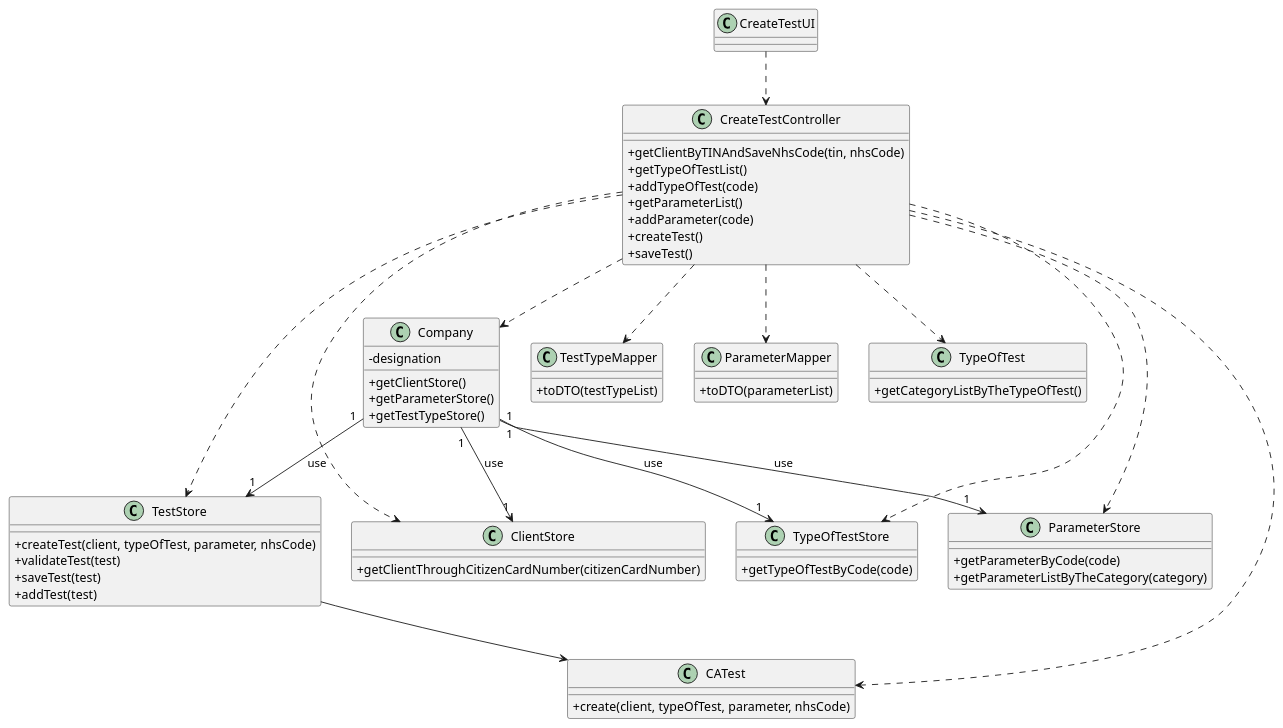
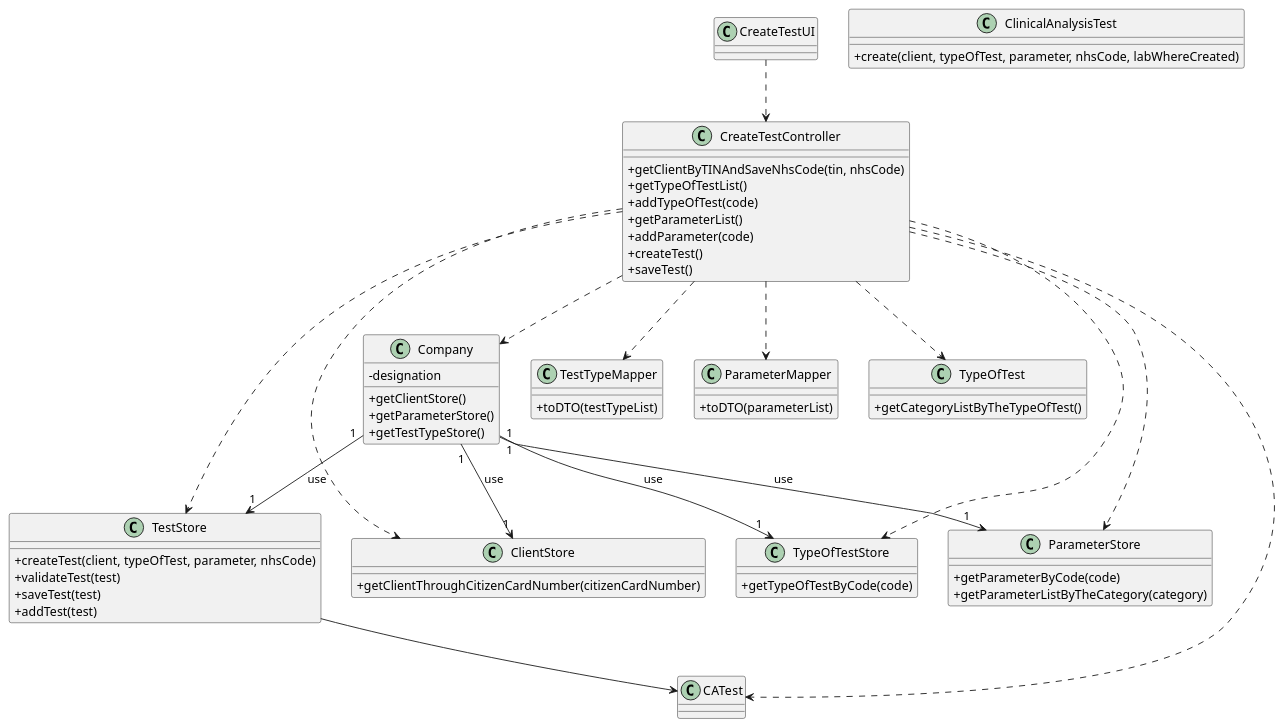
Before and after one commit to GuilhermeCunha79/lapr2: the diagram in docs/SprintD/US4/UC4_CD.puml, drawn with PlantUML. The commit also changed 10 other files, not shown here.

Commit message:
[US4] Update diagrams in US1 and update .md and diagrams in US4

```diff
--- a/docs/SprintD/US4/UC4_CD.puml
+++ b/docs/SprintD/US4/UC4_CD.puml
@@ -1,93 +1,93 @@
 @startuml
 skinparam classAttributeIconSize 0
 
 
 class CreateTestUI {
 }
 
 
 class ClientStore {
 + getClientThroughCitizenCardNumber(citizenCardNumber)
 }
 
 
 class Company {
 - designation
 + getClientStore()
 + getParameterStore()
 + getTestTypeStore()
 }
 
 
 
 class CreateTestController {
   + getClientByTINAndSaveNhsCode(tin, nhsCode)
   + getTypeOfTestList()
   + addTypeOfTest(code)
   + getParameterList()
   + addParameter(code)
   + createTest()
   + saveTest()
 
 }
 
 
 class TestStore {
     + createTest(client, typeOfTest, parameter, nhsCode)
     + validateTest(test)
     + saveTest(test)
     + addTest(test)
 }
 
 class TestTypeMapper {
     +toDTO(testTypeList)
 }
 
 class ParameterMapper {
   +toDTO(parameterList)
 }
 
 
 class TypeOfTest {
   + getCategoryListByTheTypeOfTest()
 }
 
 class TypeOfTestStore {
   + getTypeOfTestByCode(code)
 }
 
 
 class ParameterStore {
   + getParameterByCode(code)
   + getParameterListByTheCategory(category)
 }
 
-class CATest {
-  + create(client, typeOfTest, parameter, nhsCode)
+class ClinicalAnalysisTest {
+  + create(client, typeOfTest, parameter, nhsCode, labWhereCreated)
 }
 
 
 
 CreateTestUI ..> CreateTestController
 
 CreateTestController ..> Company
 
 Company "1" --> "1" TestStore : use
 Company "1" --> "1" ClientStore : use
 Company "1" --> "1" TypeOfTestStore : use
 Company "1" --> "1" ParameterStore : use
 
 CreateTestController ..> CATest
 CreateTestController ..> TestStore
 CreateTestController ..> TypeOfTestStore
 CreateTestController ..> ClientStore
 CreateTestController ..> ParameterStore
 CreateTestController ..> ParameterMapper
 CreateTestController ..> TypeOfTest
 CreateTestController ..> TestTypeMapper
 
 TestStore --> CATest
 
 
 
 @enduml
```
